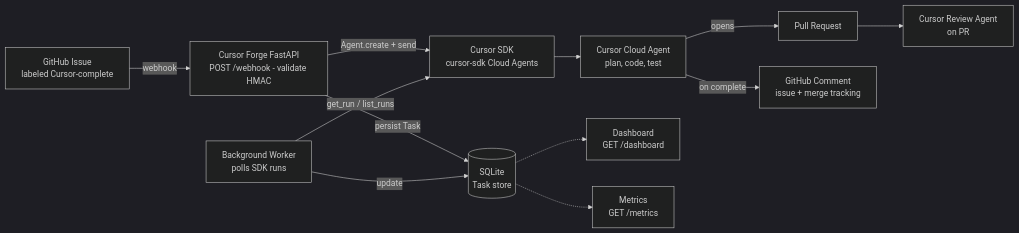
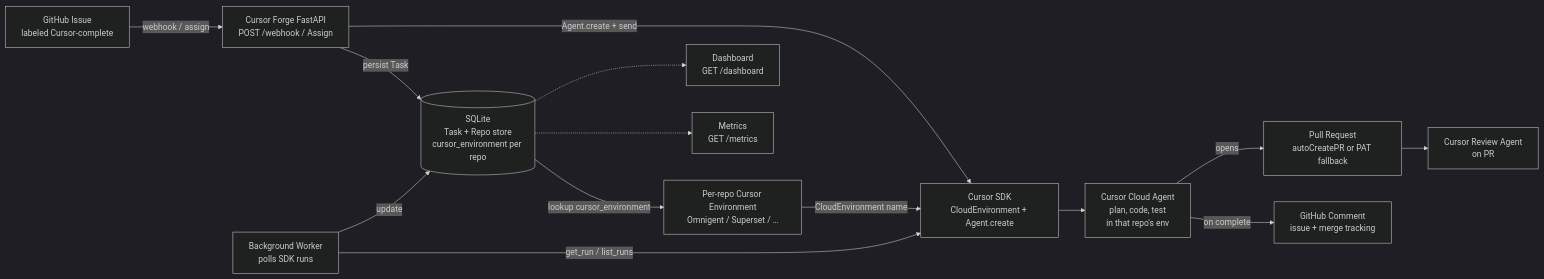
The diagram in README.md (jan21deepak/droid_ai_engineer), drawn with Mermaid (dark theme) before and after one commit. The commit also changed other lines of this file and 17 other files, not shown here.

First line of the commit message:
Ship per-repo Cursor envs, fork-safe PRs, and Bugbot-only review flow.

````diff
--- a/README.md
+++ b/README.md
@@ -24,26 +26,29 @@
 ```mermaid
 flowchart LR
     ISSUE["GitHub Issue<br/>labeled Cursor-complete"]
-    WEBHOOK["Cursor Forge FastAPI<br/>POST /webhook - validate HMAC"]
-    DB[("SQLite<br/>Task store")]
-    API["Cursor SDK<br/>cursor-sdk Cloud Agents"]
-    SESSION["Cursor Cloud Agent<br/>plan, code, test"]
+    WEBHOOK["Cursor Forge FastAPI<br/>POST /webhook / Assign"]
+    DB[("SQLite<br/>Task + Repo store<br/>cursor_environment per repo")]
+    ENV["Per-repo Cursor Environment<br/>Omnigent / Superset / …"]
+    API["Cursor SDK<br/>CloudEnvironment + Agent.create"]
+    SESSION["Cursor Cloud Agent<br/>plan, code, test<br/>in that repo's env"]
     WORKER["Background Worker<br/>polls SDK runs"]
-    PR["Pull Request"]
+    PR["Pull Request<br/>autoCreatePR or PAT fallback"]
     REVIEW["Cursor Review Agent<br/>on PR"]
     COMMENT["GitHub Comment<br/>issue + merge tracking"]
     DASH["Dashboard<br/>GET /dashboard"]
     METRICS["Metrics<br/>GET /metrics"]
 
-    ISSUE -->|"webhook"| WEBHOOK
+    ISSUE -->|"webhook / assign"| WEBHOOK
     WEBHOOK -->|"persist Task"| DB
+    DB -->|"lookup cursor_environment"| ENV
     WEBHOOK -->|"Agent.create + send"| API
+    ENV -->|"CloudEnvironment name"| API
     API --> SESSION
     SESSION -->|"opens"| PR
     PR --> REVIEW
     SESSION -->|"on complete"| COMMENT
     WORKER -->|"get_run / list_runs"| API
     WORKER -->|"update"| DB
     DB -.-> DASH
     DB -.-> METRICS
 ```
````
